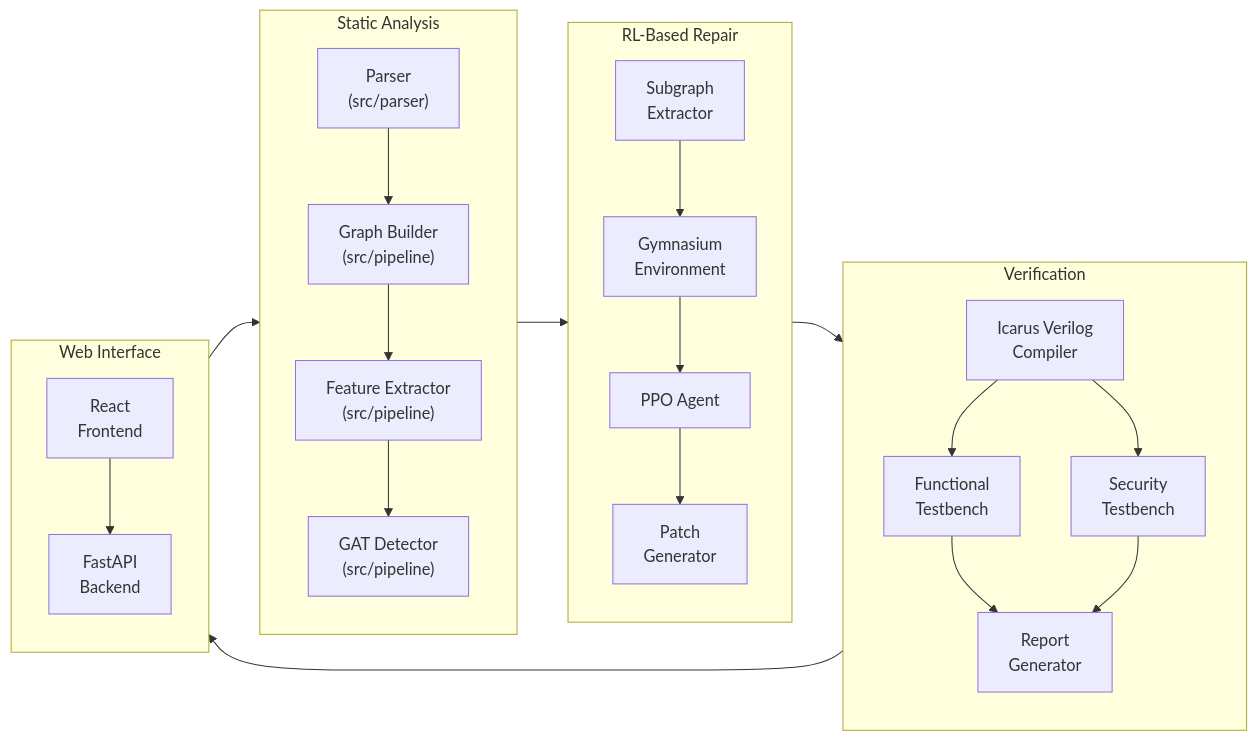
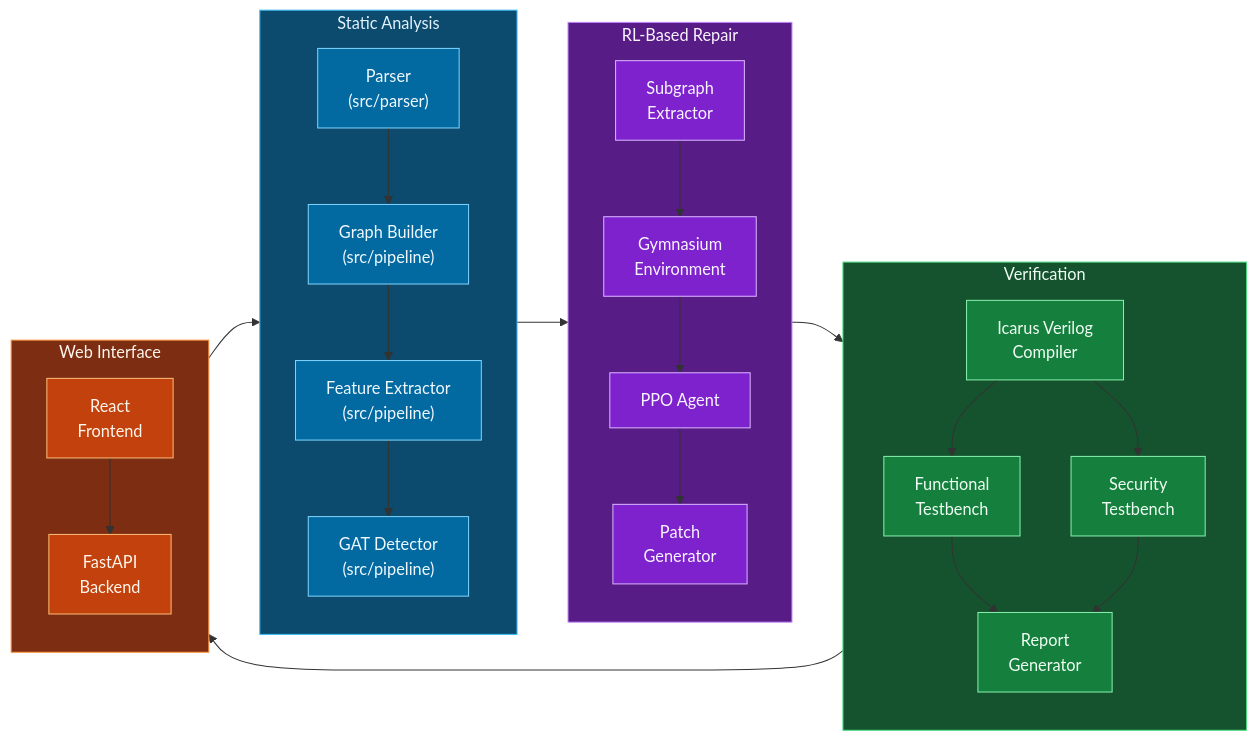
Before and after one commit to SahebSandhuSingh/FSMGuard: the second of 3 diagrams in README.md, drawn with Mermaid. The commit also changed other lines of this file, not shown here.

Commit message:
docs: replace ASCII architecture diagram with detailed Mermaid flowcharts in README

````diff
--- a/README.md
+++ b/README.md
@@ -81,44 +122,66 @@
 ```mermaid
 flowchart LR
     subgraph Analysis["Static Analysis"]
         direction TB
         P["Parser\n(src/parser)"]
         G["Graph Builder\n(src/pipeline)"]
         F["Feature Extractor\n(src/pipeline)"]
         D["GAT Detector\n(src/pipeline)"]
         P --> G --> F --> D
     end
 
     subgraph Repair["RL-Based Repair"]
         direction TB
         SUB["Subgraph\nExtractor"]
         ENV["Gymnasium\nEnvironment"]
         PPO["PPO Agent"]
         PATCH["Patch\nGenerator"]
         SUB --> ENV --> PPO --> PATCH
     end
 
     subgraph Verify["Verification"]
         direction TB
         IVER["Icarus Verilog\nCompiler"]
         TB_F["Functional\nTestbench"]
         TB_S["Security\nTestbench"]
         REP["Report\nGenerator"]
         IVER --> TB_F
         IVER --> TB_S
         TB_F --> REP
         TB_S --> REP
     end
 
     subgraph Web["Web Interface"]
         direction TB
         API["FastAPI\nBackend"]
         UI["React\nFrontend"]
         UI --> API
     end
 
     Analysis --> Repair
     Repair --> Verify
     API --> Analysis
     REP --> API
+
+    style Analysis fill:#0c4a6e,stroke:#38bdf8,color:#e0f2fe
+    style P fill:#0369a1,stroke:#7dd3fc,color:#f0f9ff
+    style G fill:#0369a1,stroke:#7dd3fc,color:#f0f9ff
+    style F fill:#0369a1,stroke:#7dd3fc,color:#f0f9ff
+    style D fill:#0369a1,stroke:#7dd3fc,color:#f0f9ff
+
+    style Repair fill:#581c87,stroke:#c084fc,color:#faf5ff
+    style SUB fill:#7e22ce,stroke:#d8b4fe,color:#faf5ff
+    style ENV fill:#7e22ce,stroke:#d8b4fe,color:#faf5ff
+    style PPO fill:#7e22ce,stroke:#d8b4fe,color:#faf5ff
+    style PATCH fill:#7e22ce,stroke:#d8b4fe,color:#faf5ff
+
+    style Verify fill:#14532d,stroke:#4ade80,color:#f0fdf4
+    style IVER fill:#15803d,stroke:#86efac,color:#f0fdf4
+    style TB_F fill:#15803d,stroke:#86efac,color:#f0fdf4
+    style TB_S fill:#15803d,stroke:#86efac,color:#f0fdf4
+    style REP fill:#15803d,stroke:#86efac,color:#f0fdf4
+
+    style Web fill:#7c2d12,stroke:#fb923c,color:#fff7ed
+    style API fill:#c2410c,stroke:#fdba74,color:#fff7ed
+    style UI fill:#c2410c,stroke:#fdba74,color:#fff7ed
 ```
````
